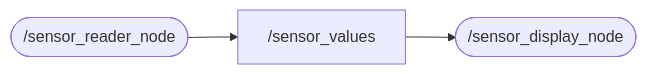
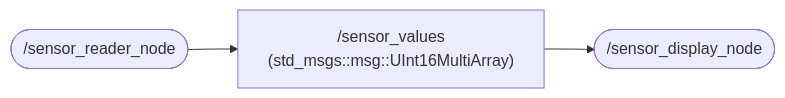
The diagram in README.md (iHaruruki/tatto_pkg), drawn with Mermaid before and after one commit.

````diff
--- a/README.md
+++ b/README.md
@@ -8,12 +8,12 @@
 ```mermaid
 flowchart LR
     %% Nodes
     S([/sensor_reader_node])
     D([/sensor_display_node])
 
     %% Topics
-    V["/sensor_values"]
+    V["/sensor_values<br/>(std_msgs::msg::UInt16MultiArray)"]
 
     S --> V
     V --> D
 ```
````
